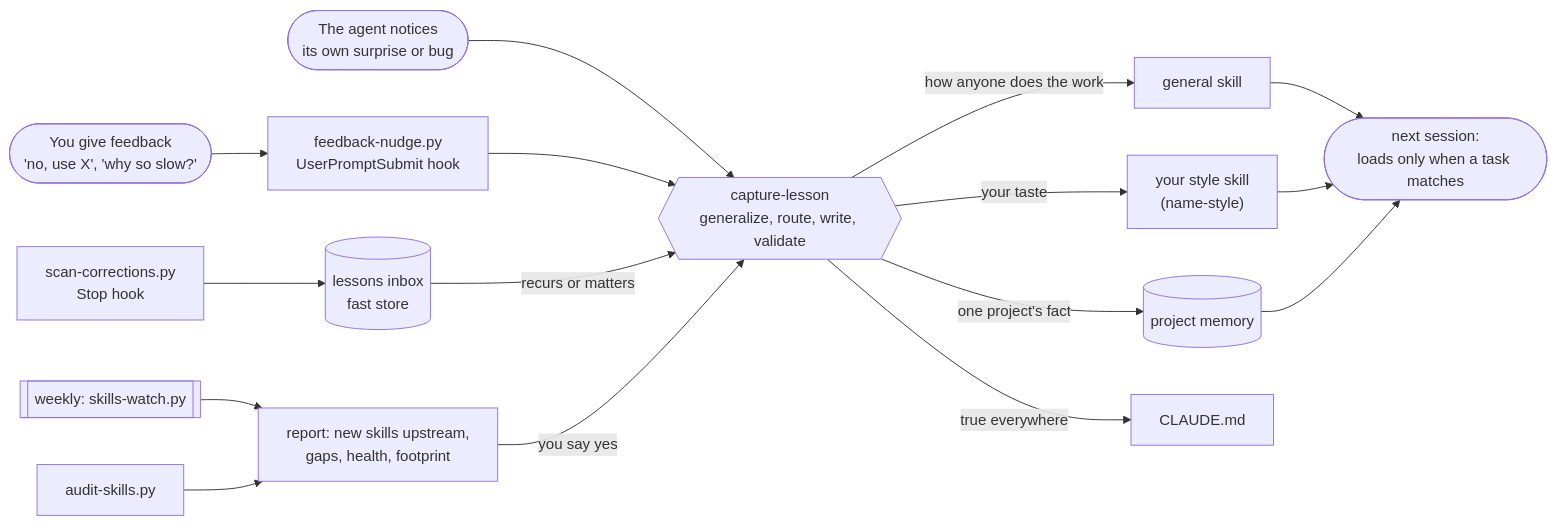
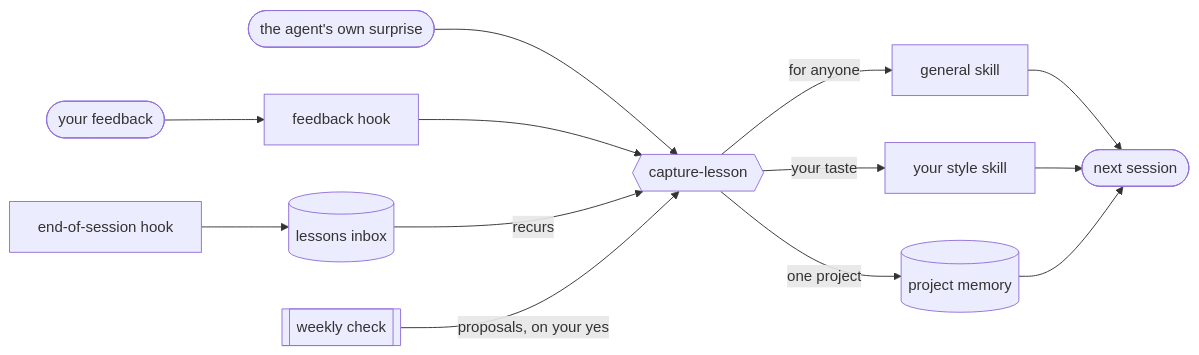
The diagram in README.md (kat-titter/claude-code-learns), drawn with Mermaid before and after one commit. The commit also changed other lines of this file and 1 other file, not shown here.

Commit message:
README: shorter and plainer, simpler diagram

````diff
--- a/README.md
+++ b/README.md
@@ -11,18 +8,15 @@
 ```mermaid
 flowchart LR
-  you(["You give feedback<br/>'no, use X', 'why so slow?'"]) --> nudge["feedback-nudge.py<br/>UserPromptSubmit hook"]
-  self(["The agent notices<br/>its own surprise or bug"]) --> cap
-  nudge --> cap{{"capture-lesson<br/>generalize, route, write, validate"}}
-  stop["scan-corrections.py<br/>Stop hook"] --> inbox[("lessons inbox<br/>fast store")]
-  inbox -->|"recurs or matters"| cap
-  cap -->|"how anyone does the work"| general["general skill"]
-  cap -->|"your taste"| taste["your style skill<br/>(name-style)"]
-  cap -->|"one project's fact"| memory[("project memory")]
-  cap -->|"true everywhere"| claudemd["CLAUDE.md"]
-  general --> next(["next session:<br/>loads only when a task matches"])
+  you(["your feedback"]) --> hook["feedback hook"]
+  self(["the agent's own surprise"]) --> cap
+  hook --> cap{{"capture-lesson"}}
+  stop["end-of-session hook"] --> inbox[("lessons inbox")]
+  inbox -->|"recurs"| cap
+  cap -->|"for anyone"| general["general skill"]
+  cap -->|"your taste"| taste["your style skill"]
+  cap -->|"one project"| memory[("project memory")]
+  general --> next(["next session"])
   taste --> next
   memory --> next
-  week[["weekly: skills-watch.py"]] --> report["report: new skills upstream,<br/>gaps, health, footprint"]
-  audit["audit-skills.py"] --> report
-  report -->|"you say yes"| cap
+  week[["weekly check"]] -->|"proposals, on your yes"| cap
 ```
````
